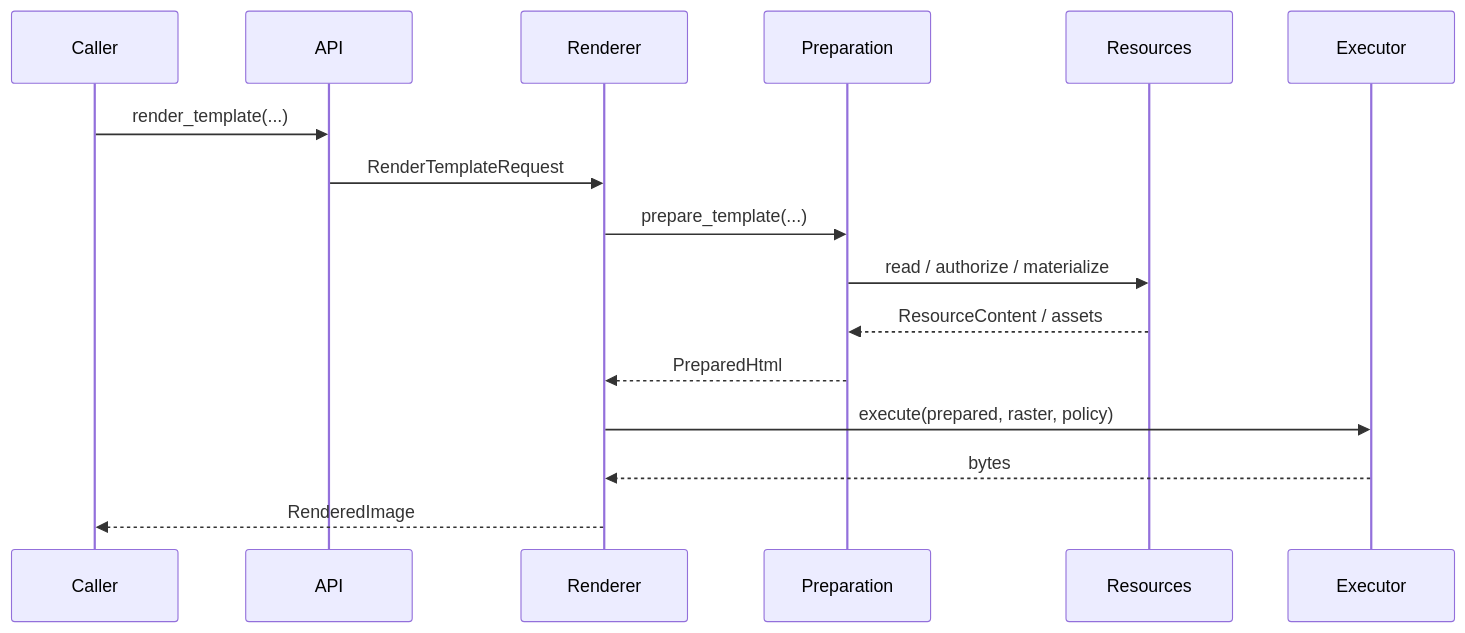
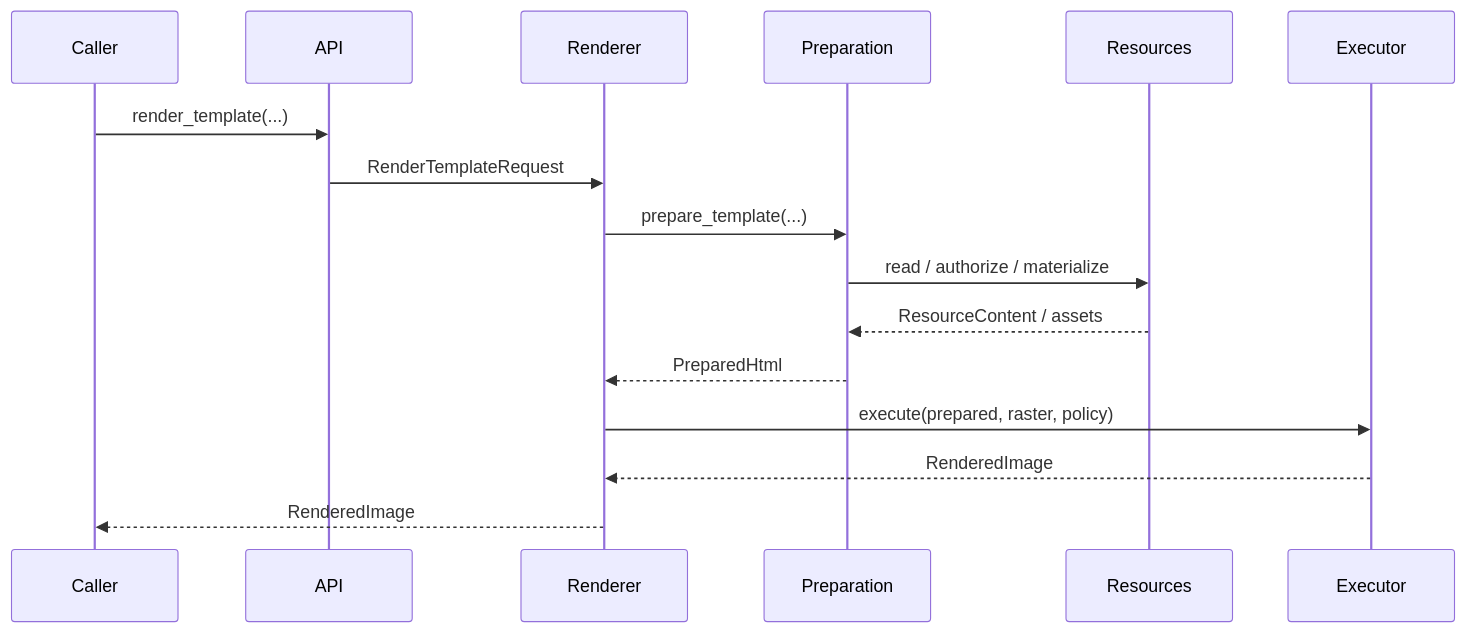
The second of 3 diagrams in docs/maintainers/architecture/architecture.md (kexue-z/nonebot-plugin-htmlrender), drawn with Mermaid before and after one commit. The commit also changed other lines of this file and 21 other files, not shown here.

Commit message:
docs(architecture): align runtime and release guidance

````diff
--- a/docs/maintainers/architecture/architecture.md
+++ b/docs/maintainers/architecture/architecture.md
@@ -70,18 +101,18 @@
 ```mermaid
 sequenceDiagram
     participant Caller
     participant API
     participant Renderer
     participant Preparation
     participant Resources
     participant Executor
     Caller->>API: render_template(...)
     API->>Renderer: RenderTemplateRequest
     Renderer->>Preparation: prepare_template(...)
     Preparation->>Resources: read / authorize / materialize
     Resources-->>Preparation: ResourceContent / assets
     Preparation-->>Renderer: PreparedHtml
     Renderer->>Executor: execute(prepared, raster, policy)
-    Executor-->>Renderer: bytes
+    Executor-->>Renderer: RenderedImage
     Renderer-->>Caller: RenderedImage
 ```
````
